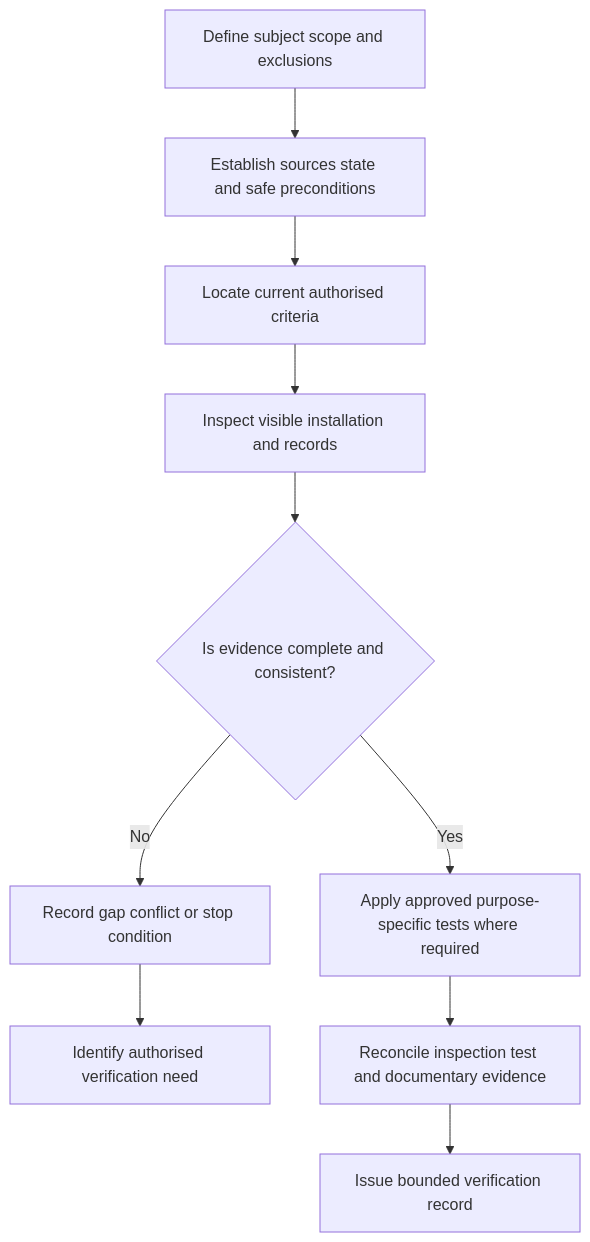
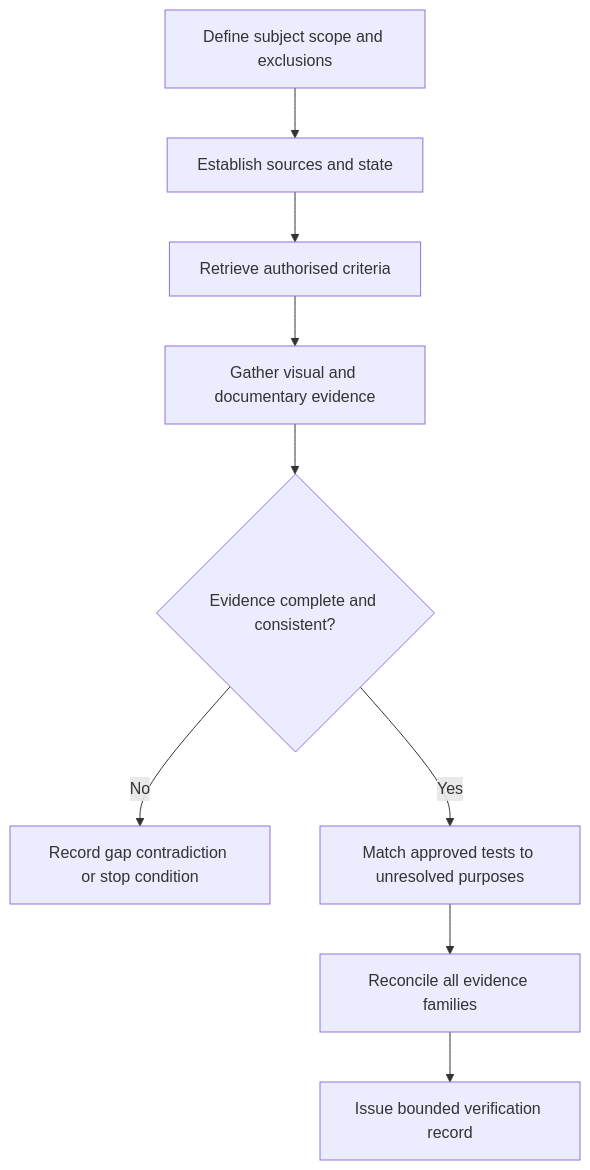
One commit to andrew3stedall/capstone changed the diagram in docs/learning-plans/4-week/modules/day-22-verification-principles-and-visual-inspection.md. Above: the diagram before and after it, drawn with Mermaid. The commit also changed other lines of this file, not shown here.

Commit message:
Improve Day 22 verification principles module

````diff
--- a/docs/learning-plans/4-week/modules/day-22-verification-principles-and-visual-inspection.md
+++ b/docs/learning-plans/4-week/modules/day-22-verification-principles-and-visual-inspection.md
@@ -127,12 +70,11 @@
 ```mermaid
 flowchart TD
-    A["Define subject scope and exclusions"] --> B["Establish sources state and safe preconditions"]
-    B --> C["Locate current authorised criteria"]
-    C --> D["Inspect visible installation and records"]
-    D --> E{"Is evidence complete and consistent?"}
-    E -- No --> F["Record gap conflict or stop condition"]
-    F --> G["Identify authorised verification need"]
-    E -- Yes --> H["Apply approved purpose-specific tests where required"]
-    H --> I["Reconcile inspection test and documentary evidence"]
-    I --> J["Issue bounded verification record"]
+    A[Define subject scope and exclusions] --> B[Establish sources and state]
+    B --> C[Retrieve authorised criteria]
+    C --> D[Gather visual and documentary evidence]
+    D --> E{Evidence complete and consistent?}
+    E -- No --> F[Record gap contradiction or stop condition]
+    E -- Yes --> G[Match approved tests to unresolved purposes]
+    G --> H[Reconcile all evidence families]
+    H --> I[Issue bounded verification record]
 ```
````
